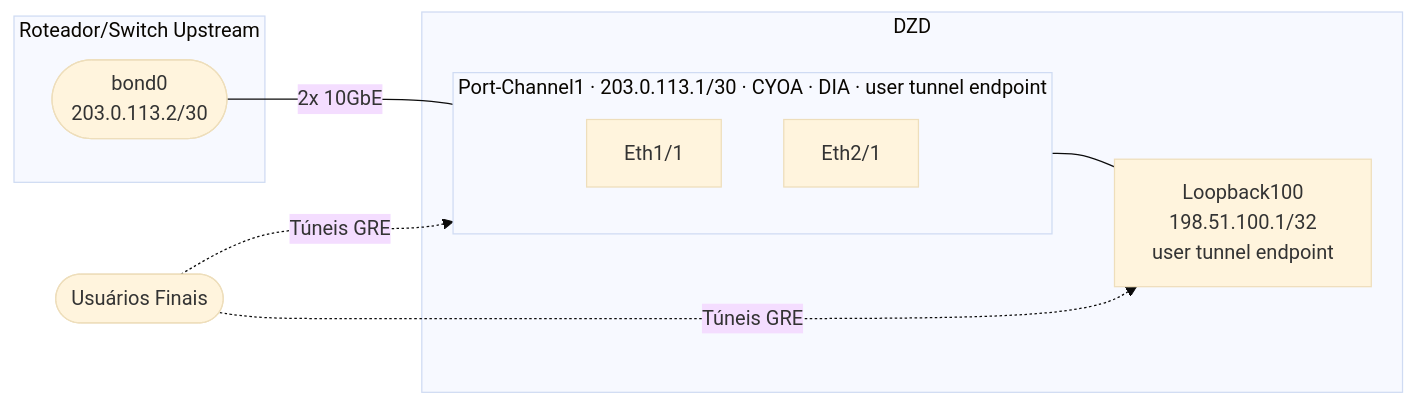
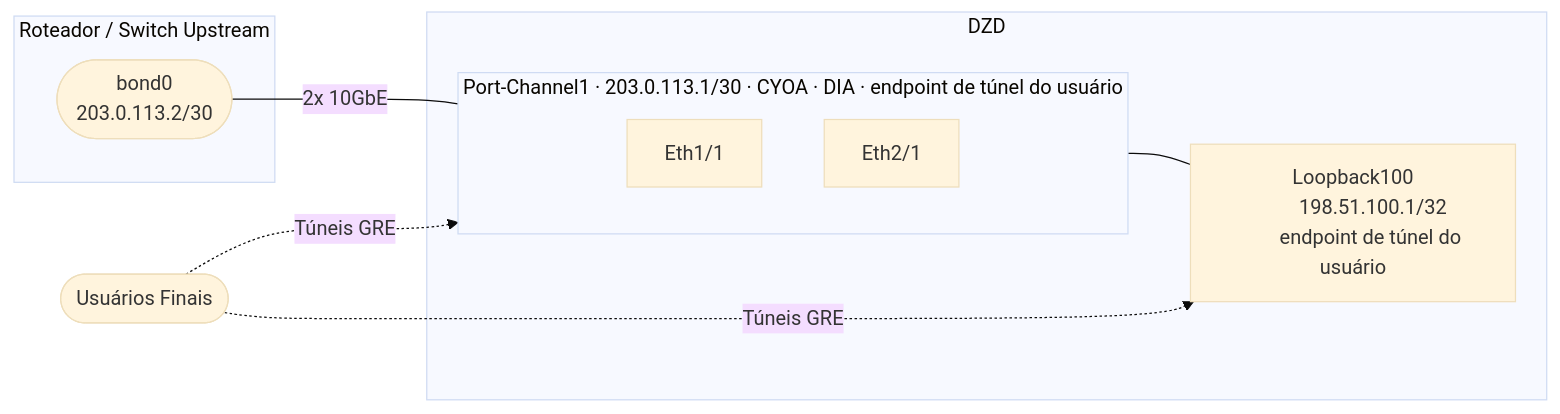
One commit to malbeclabs/docs changed the ninth of 13 diagrams in docs/contribute-provisioning.pt.md. Above: the diagram before and after it, drawn with Mermaid (base theme). The commit also changed other lines of this file and 160 other files, not shown here.

````diff
--- a/docs/contribute-provisioning.pt.md
+++ b/docs/contribute-provisioning.pt.md
@@ -439,23 +507,23 @@
 ```mermaid
 flowchart LR
     USERS(["Usuários Finais"])
 
-    subgraph SW["Roteador/Switch Upstream"]
+    subgraph SW["Roteador / Switch Upstream"]
         SWPC(["bond0
         203.0.113.2/30"])
     end
 
     subgraph DZD["DZD"]
-        subgraph PC["Port-Channel1 · 203.0.113.1/30 · CYOA · DIA · user tunnel endpoint"]
+        subgraph PC["Port-Channel1 · 203.0.113.1/30 · CYOA · DIA · endpoint de túnel do usuário"]
             E1["Eth1/1"]
             E2["Eth2/1"]
         end
         LO["Loopback100
-        198.51.100.1/32\n        user tunnel endpoint"]
+        198.51.100.1/32\n        endpoint de túnel do usuário"]
         PC --- LO
     end
 
     SWPC -- "2x 10GbE" --- PC
     USERS -. "Túneis GRE" .-> PC
     USERS -. "Túneis GRE" .-> LO
 ```
````
